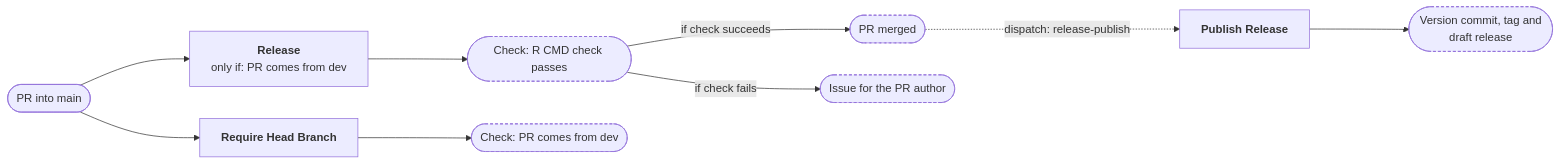
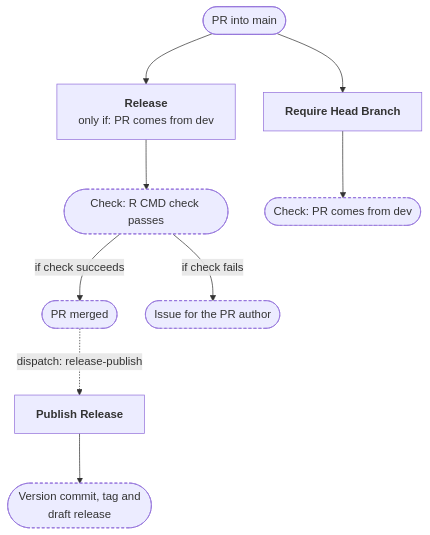
Before and after one commit to nfdi4health/dsSupportClient: the third of 5 diagrams in .github/workflow-graphs/README.md, drawn with Mermaid. The commit also changed other lines of this file, not shown here.

Commit message:
docs: update workflow diagrams

````diff
--- a/.github/workflow-graphs/README.md
+++ b/.github/workflow-graphs/README.md
@@ -87,22 +83,22 @@
 ```mermaid
-%%{init: {"flowchart": {"rankSpacing": 140, "nodeSpacing": 45}}}%%
-flowchart LR
+%%{init: {"flowchart": {"rankSpacing": 70, "nodeSpacing": 40}}}%%
+flowchart TD
   ev(["PR into main"])
   wf_release_trigger_yml["<b>Release</b><br/>only if: PR comes from dev"]
   ev --> wf_release_trigger_yml
   wf_require_head_branch_yml["<b>Require Head Branch</b>"]
   ev --> wf_require_head_branch_yml
   wf_release_publish_yml["<b>Publish Release</b>"]
   out_release_trigger_yml_check_1(["Check: R CMD check passes"]):::outcome
   out_release_trigger_yml_on_success_2(["PR merged"]):::outcome
   out_1(["Issue for the PR author"]):::outcome
   out_2(["Check: PR comes from dev"]):::outcome
   out_3(["Version commit, tag and<br/>draft release"]):::outcome
   wf_release_trigger_yml --> out_release_trigger_yml_check_1
   out_release_trigger_yml_check_1 -- "if check succeeds" --> out_release_trigger_yml_on_success_2
   out_release_trigger_yml_check_1 -- "if check fails" --> out_1
   out_release_trigger_yml_on_success_2 -. "dispatch: release-publish" .-> wf_release_publish_yml
   wf_require_head_branch_yml --> out_2
   wf_release_publish_yml --> out_3
   classDef outcome stroke-dasharray: 4 3
 ```
````
